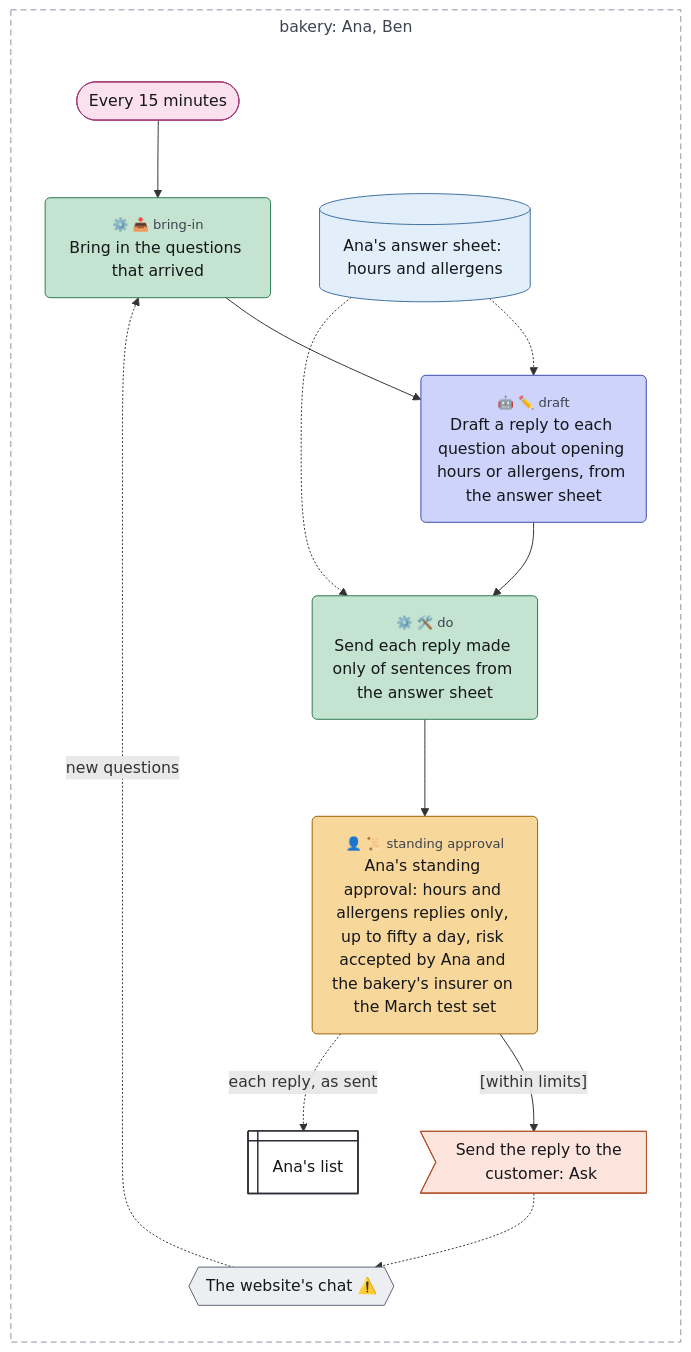
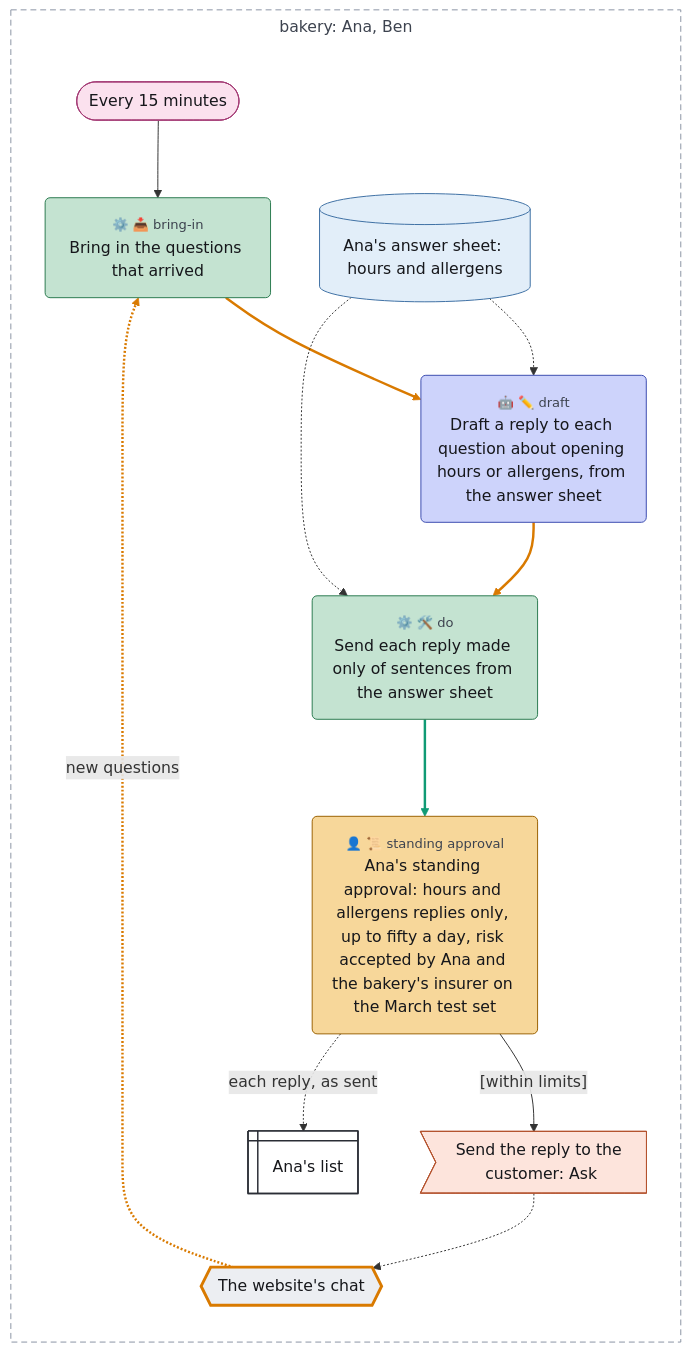
The diagram in examples/tour/16-accepted-risk.mmd (chrismdp/awml), drawn with Mermaid before and after one commit. The commit also changed 51 other files, not shown here.

```diff
--- a/examples/tour/16-accepted-risk.mmd
+++ b/examples/tour/16-accepted-risk.mmd
@@ -1,53 +1,58 @@
 ---
 config:
   theme: default
   fontFamily: Inter, sans-serif
   flowchart:
     useMaxWidth: false
     subGraphTitleMargin:
       top: 6
       bottom: 30
 ---
 flowchart TB
   subgraph bakery["bakery#58; Ana#44; Ben"]
     direction TB
     quarter(["Every 15 minutes"])
-    chat{{"The website#39;s chat ⚠️"}}
+    chat{{"The website#39;s chat"}}
     bring("<small style='color:rgb(61,67,79)'>⚙️ 📥 bring-in</small><br>Bring in the questions that arrived")
     sheet[("Ana#39;s answer sheet#58; hours and allergens")]
     draft("<small style='color:rgb(61,67,79)'>🤖 ✏️ draft</small><br>Draft a reply to each question about opening hours or allergens#44; from the answer sheet")
     send("<small style='color:rgb(61,67,79)'>⚙️ 🛠️ do</small><br>Send each reply made only of sentences from the answer sheet")
     approval("<small style='color:rgb(61,67,79)'>👤 📜 standing approval</small><br>Ana#39;s standing approval#58; hours and allergens replies only#44; up to fifty a day#44; risk accepted by Ana and the bakery#39;s insurer on the March test set")
     reply>"Send the reply to the customer#58; Ask"]
     list@{ shape: win-pane, label: "Ana#39;s list" }
   end
 
   quarter --> bring
   chat -.->|"new questions"| bring
   bring --> draft
   sheet -.-> draft
   draft --> send
   sheet -.-> send
   send --> approval
   approval -->|"#91;within limits#93;"| reply
   reply -.-> chat
   approval -.->|"each reply#44; as sent"| list
   classDef trig fill:#fbe1ee,stroke:#a33a74,color:#16171b
   classDef ctx fill:#e2eef9,stroke:#3d6fa3,color:#16171b
   classDef con fill:#eceef2,stroke:#5d6472,color:#16171b
   classDef surf fill:#ffffff,stroke:#2a2d35,stroke-width:1.5px,color:#16171b
   classDef out fill:#fde4dc,stroke:#b5532f,color:#16171b
   classDef ai fill:#cdd3fb,stroke:#3b4bb0,color:#16171b
   classDef code fill:#c4e3d1,stroke:#2b7a4f,color:#16171b
   classDef person fill:#f7d79a,stroke:#9a6100,color:#16171b
   classDef uml fill:#16171b,stroke:#16171b,color:#16171b
   classDef gap fill:#ffffff,stroke:#8a93a3,stroke-dasharray:4 3,color:#6b7280
+  classDef untrusted stroke:#d97a00,stroke-width:3px
+  classDef unstopped stroke:#d0342c,stroke-width:3px
   class quarter trig
   class sheet ctx
   class chat con
   class list surf
   class reply out
   class draft ai
   class bring,send code
   class approval person
+  class chat untrusted
   style bakery fill:transparent,stroke:#8a93a3,stroke-dasharray:6 4,color:#3d434f
+  linkStyle 1,2,4 stroke:#d97a00,stroke-width:2.5px
+  linkStyle 6 stroke:#109a74,stroke-width:2.5px
```
